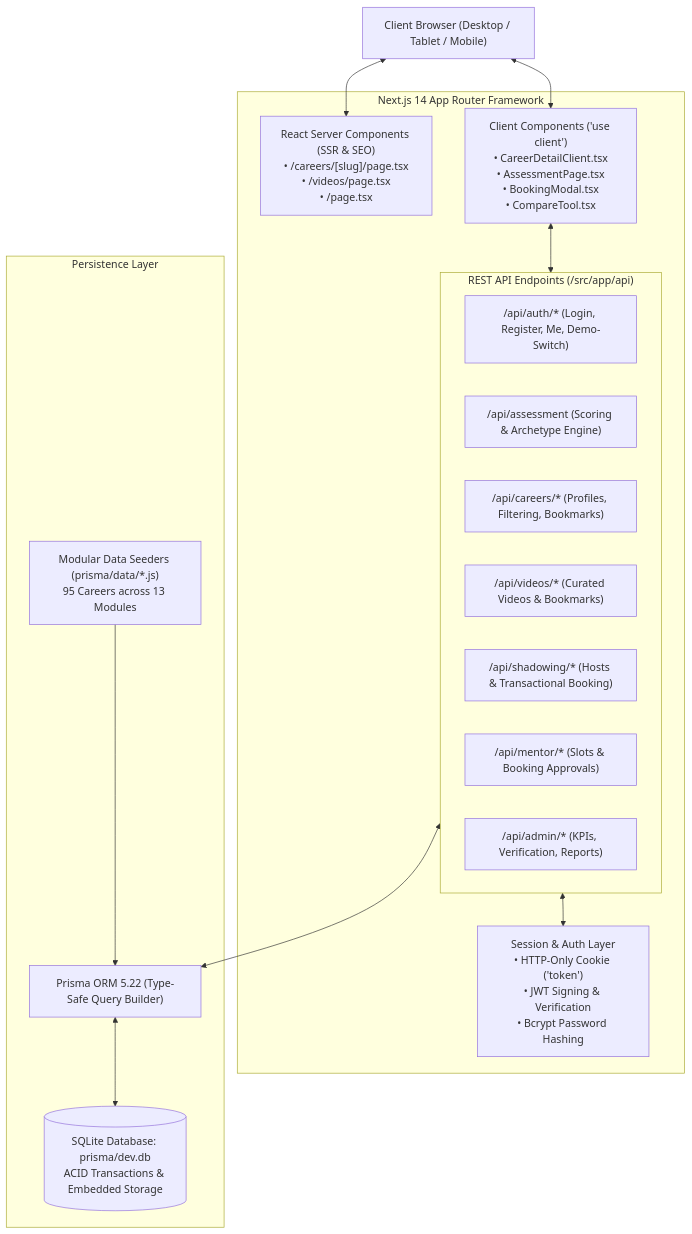
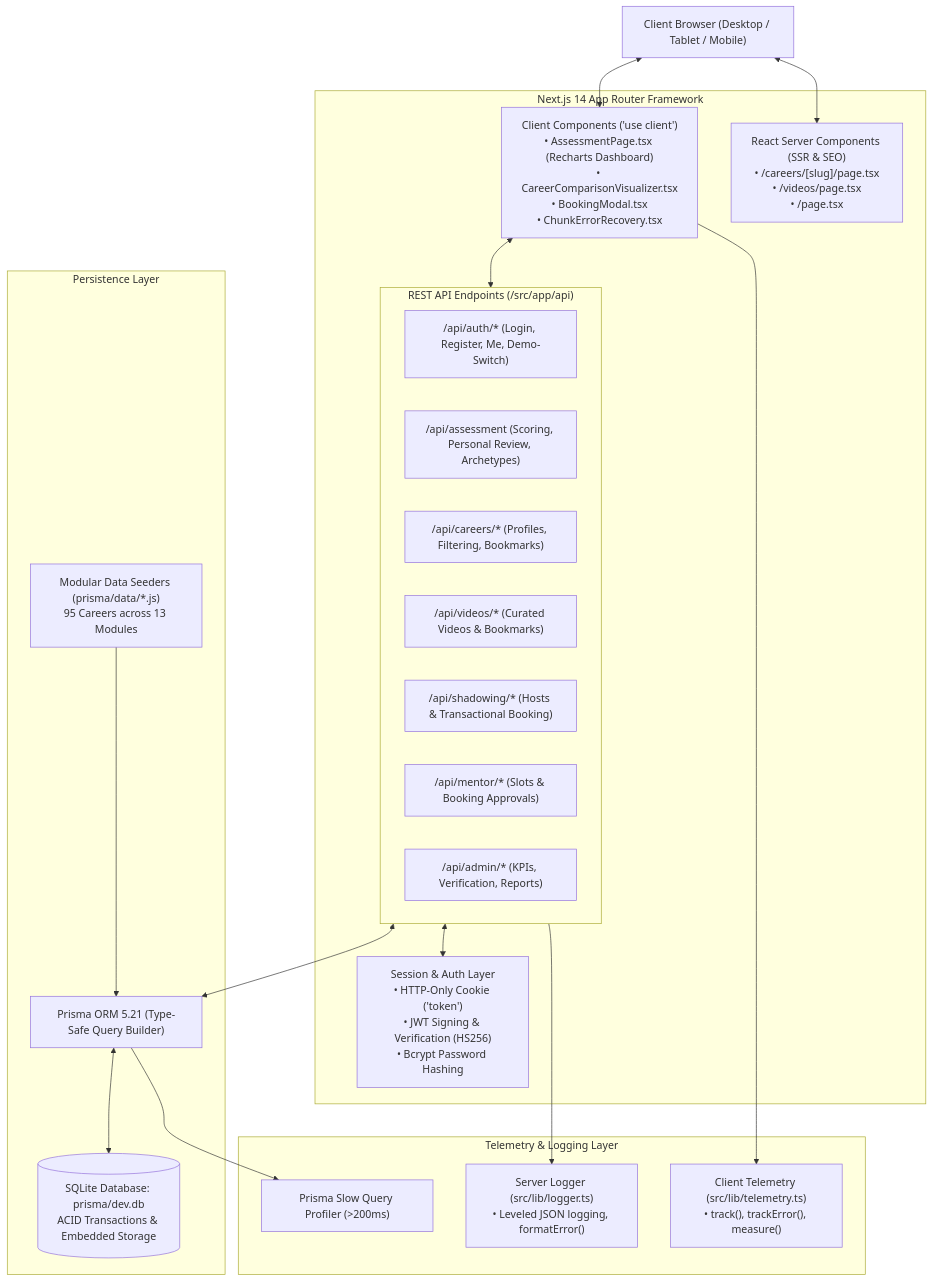
Before and after one commit to AbhinavPandey12/CarrerFind---Best-Carrer-for-You: the first of 3 diagrams in README.md, drawn with Mermaid. The commit also changed other lines of this file, not shown here.

Commit message:
docs: update README with 21-question assessment, visual analytics, compare tab updates, debugging, integrations & telemetry

````diff
--- a/README.md
+++ b/README.md
@@ -69,35 +98,44 @@
 ```mermaid
 graph TD
     Client["Client Browser (Desktop / Tablet / Mobile)"]
 
     subgraph NextServer["Next.js 14 App Router Framework"]
         RSC["React Server Components (SSR & SEO)<br/>• /careers/[slug]/page.tsx<br/>• /videos/page.tsx<br/>• /page.tsx"]
-        RCC["Client Components ('use client')<br/>• CareerDetailClient.tsx<br/>• AssessmentPage.tsx<br/>• BookingModal.tsx<br/>• CompareTool.tsx"]
+        RCC["Client Components ('use client')<br/>• AssessmentPage.tsx (Recharts Dashboard)<br/>• CareerComparisonVisualizer.tsx<br/>• BookingModal.tsx<br/>• ChunkErrorRecovery.tsx"]
         
-        Middleware["Session & Auth Layer<br/>• HTTP-Only Cookie ('token')<br/>• JWT Signing & Verification<br/>• Bcrypt Password Hashing"]
+        Middleware["Session & Auth Layer<br/>• HTTP-Only Cookie ('token')<br/>• JWT Signing & Verification (HS256)<br/>• Bcrypt Password Hashing"]
 
         subgraph APILayer["REST API Endpoints (/src/app/api)"]
             AuthAPI["/api/auth/* (Login, Register, Me, Demo-Switch)"]
-            AssessAPI["/api/assessment (Scoring & Archetype Engine)"]
+            AssessAPI["/api/assessment (Scoring, Personal Review, Archetypes)"]
             CareersAPI["/api/careers/* (Profiles, Filtering, Bookmarks)"]
             VideosAPI["/api/videos/* (Curated Videos & Bookmarks)"]
             ShadowAPI["/api/shadowing/* (Hosts & Transactional Booking)"]
             MentorAPI["/api/mentor/* (Slots & Booking Approvals)"]
             AdminAPI["/api/admin/* (KPIs, Verification, Reports)"]
         end
     end
 
+    subgraph ObservabilityLayer["Telemetry & Logging Layer"]
+        Telemetry["Client Telemetry (src/lib/telemetry.ts)<br/>• track(), trackError(), measure()"]
+        Logger["Server Logger (src/lib/logger.ts)<br/>• Leveled JSON logging, formatError()"]
+        SlowQuery["Prisma Slow Query Profiler (>200ms)"]
+    end
+
     subgraph DataPersistence["Persistence Layer"]
-        PrismaORM["Prisma ORM 5.22 (Type-Safe Query Builder)"]
+        PrismaORM["Prisma ORM 5.21 (Type-Safe Query Builder)"]
         SQLiteDB[("SQLite Database: prisma/dev.db<br/>ACID Transactions & Embedded Storage")]
         SeedModules["Modular Data Seeders (prisma/data/*.js)<br/>95 Careers across 13 Modules"]
     end
 
     Client <--> RSC
     Client <--> RCC
     RCC <--> APILayer
+    RCC --> Telemetry
+    APILayer --> Logger
     APILayer <--> Middleware
     APILayer <--> PrismaORM
+    PrismaORM --> SlowQuery
     PrismaORM <--> SQLiteDB
     SeedModules --> PrismaORM
 ```
````
